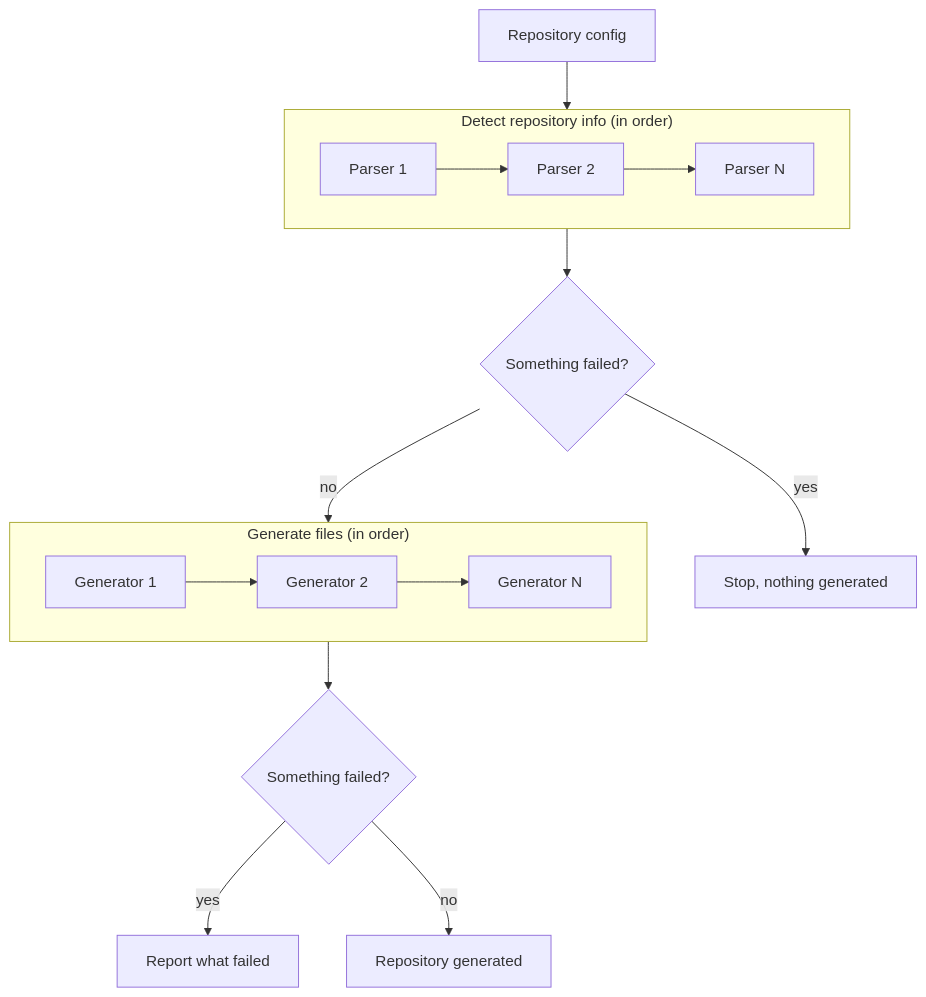
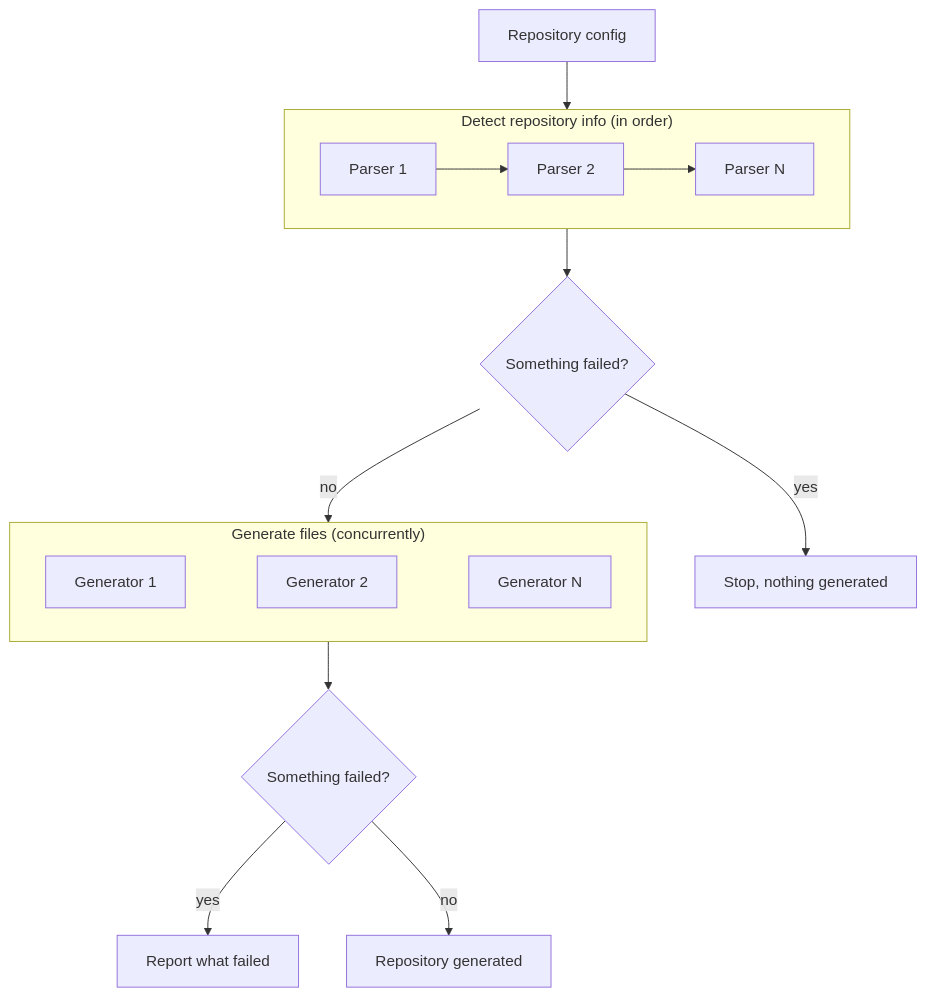
Before and after one commit to kickr-dev/engine: the second of 2 diagrams in README.md, drawn with Mermaid.

Commit message:
docs(readme): make mermaid graph show generators in parallel

````diff
--- a/README.md
+++ b/README.md
@@ -70,22 +70,22 @@
 ```mermaid
 flowchart TB
     CFG["Repository config"] --> Parsing
 
     subgraph Parsing["Detect repository info (in order)"]
         direction LR
         P1["Parser 1"] --> P2["Parser 2"] --> Pn["Parser N"]
     end
 
     Parsing --> CHK{"Something failed?"}
     CHK -->|yes| ERR["Stop, nothing generated"]
     CHK -->|no| Generation
 
-    subgraph Generation["Generate files (in order)"]
+    subgraph Generation["Generate files (concurrently)"]
         direction LR
-        G1["Generator 1"] --> G2["Generator 2"] --> Gn["Generator N"]
+        G1["Generator 1"] ~~~ G2["Generator 2"] ~~~ Gn["Generator N"]
     end
 
     Generation --> CHK2{"Something failed?"}
     CHK2 -->|yes| ERRF["Report what failed"]
     CHK2 -->|no| OK["Repository generated"]
 ```
````
